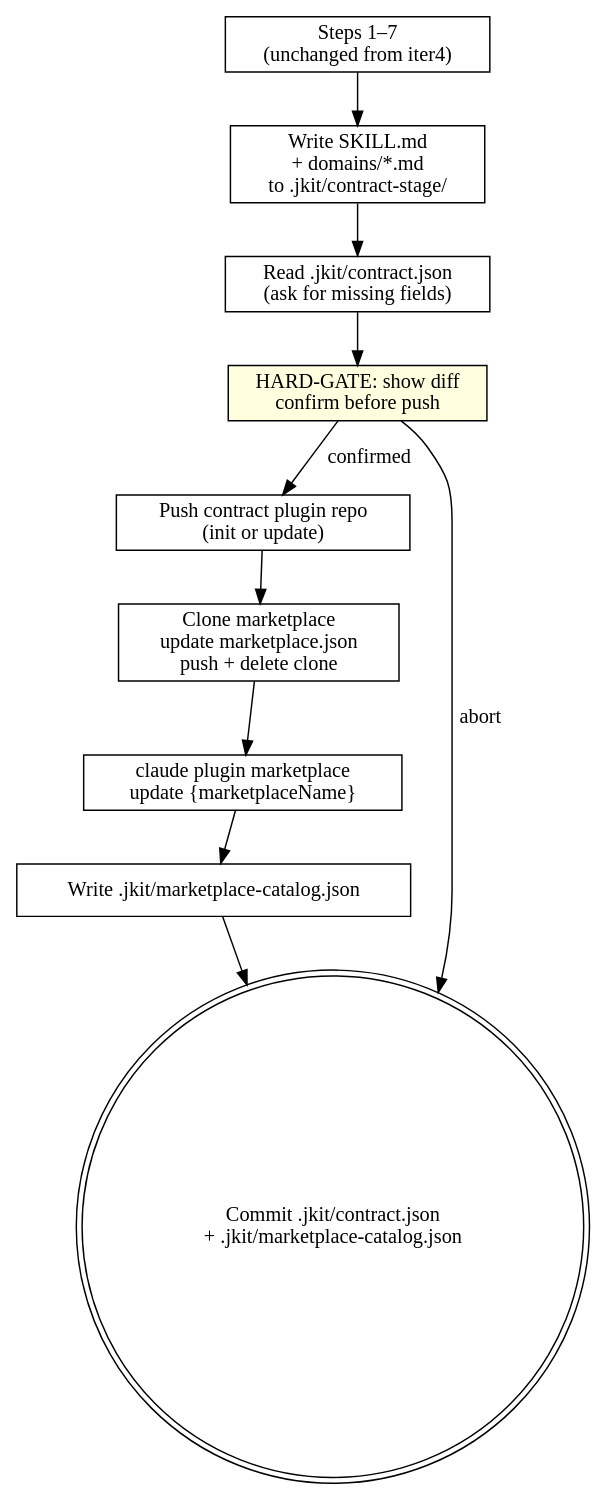
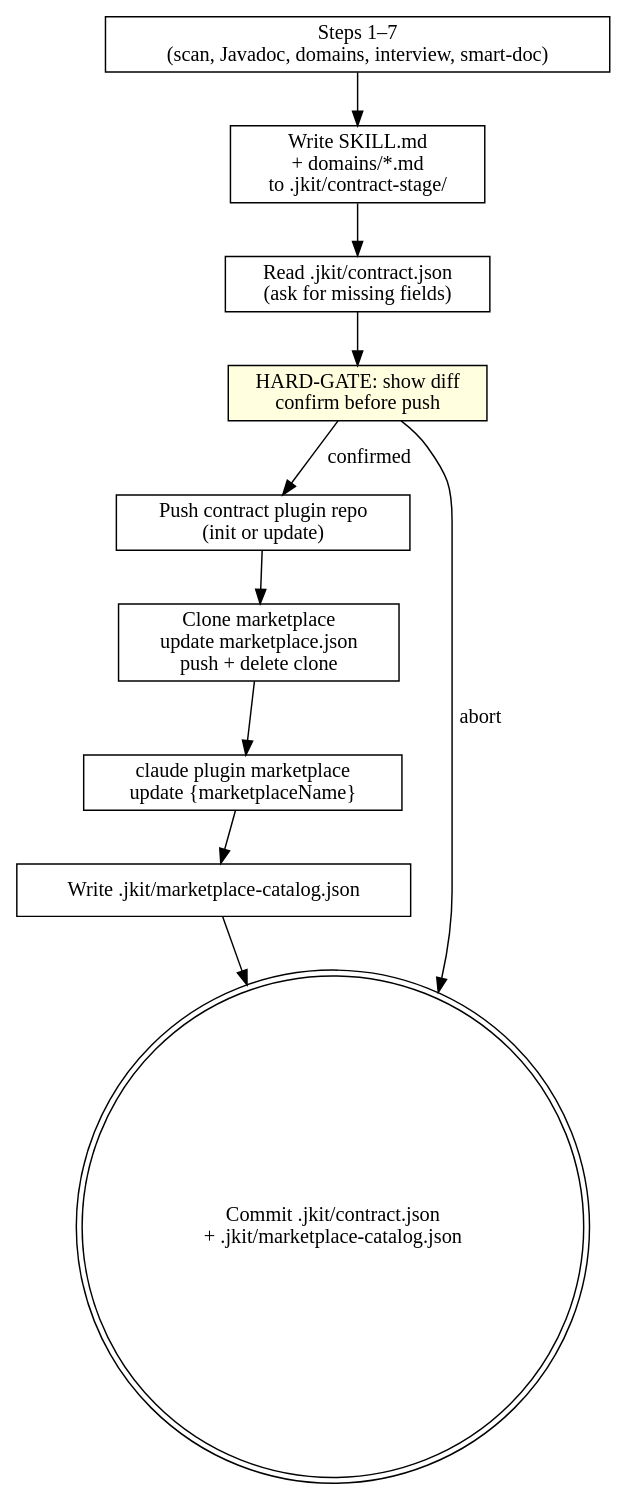
The diagram in skills/publish-contract/SKILL.md (honghaowuu/jkit), drawn with Graphviz before and after one commit. The commit also changed other lines of this file and 7 other files, not shown here.

````diff
--- a/skills/publish-contract/SKILL.md
+++ b/skills/publish-contract/SKILL.md
@@ -34,23 +29,23 @@
 ```dot
 digraph publish_contract_v2 {
-    "Steps 1–7\n(unchanged from iter4)" [shape=box];
+    "Steps 1–7\n(scan, Javadoc, domains, interview, smart-doc)" [shape=box];
     "Write SKILL.md\n+ domains/*.md\nto .jkit/contract-stage/" [shape=box];
     "Read .jkit/contract.json\n(ask for missing fields)" [shape=box];
     "HARD-GATE: show diff\nconfirm before push" [shape=box style=filled fillcolor=lightyellow];
     "Push contract plugin repo\n(init or update)" [shape=box];
     "Clone marketplace\nupdate marketplace.json\npush + delete clone" [shape=box];
     "claude plugin marketplace\nupdate {marketplaceName}" [shape=box];
     "Write .jkit/marketplace-catalog.json" [shape=box];
     "Commit .jkit/contract.json\n+ .jkit/marketplace-catalog.json" [shape=doublecircle];
 
-    "Steps 1–7\n(unchanged from iter4)" -> "Write SKILL.md\n+ domains/*.md\nto .jkit/contract-stage/";
+    "Steps 1–7\n(scan, Javadoc, domains, interview, smart-doc)" -> "Write SKILL.md\n+ domains/*.md\nto .jkit/contract-stage/";
     "Write SKILL.md\n+ domains/*.md\nto .jkit/contract-stage/" -> "Read .jkit/contract.json\n(ask for missing fields)";
     "Read .jkit/contract.json\n(ask for missing fields)" -> "HARD-GATE: show diff\nconfirm before push";
     "HARD-GATE: show diff\nconfirm before push" -> "Push contract plugin repo\n(init or update)" [label="confirmed"];
     "HARD-GATE: show diff\nconfirm before push" -> "Commit .jkit/contract.json\n+ .jkit/marketplace-catalog.json" [label="abort"];
     "Push contract plugin repo\n(init or update)" -> "Clone marketplace\nupdate marketplace.json\npush + delete clone";
     "Clone marketplace\nupdate marketplace.json\npush + delete clone" -> "claude plugin marketplace\nupdate {marketplaceName}";
     "claude plugin marketplace\nupdate {marketplaceName}" -> "Write .jkit/marketplace-catalog.json";
     "Write .jkit/marketplace-catalog.json" -> "Commit .jkit/contract.json\n+ .jkit/marketplace-catalog.json";
 }
 ```
````
